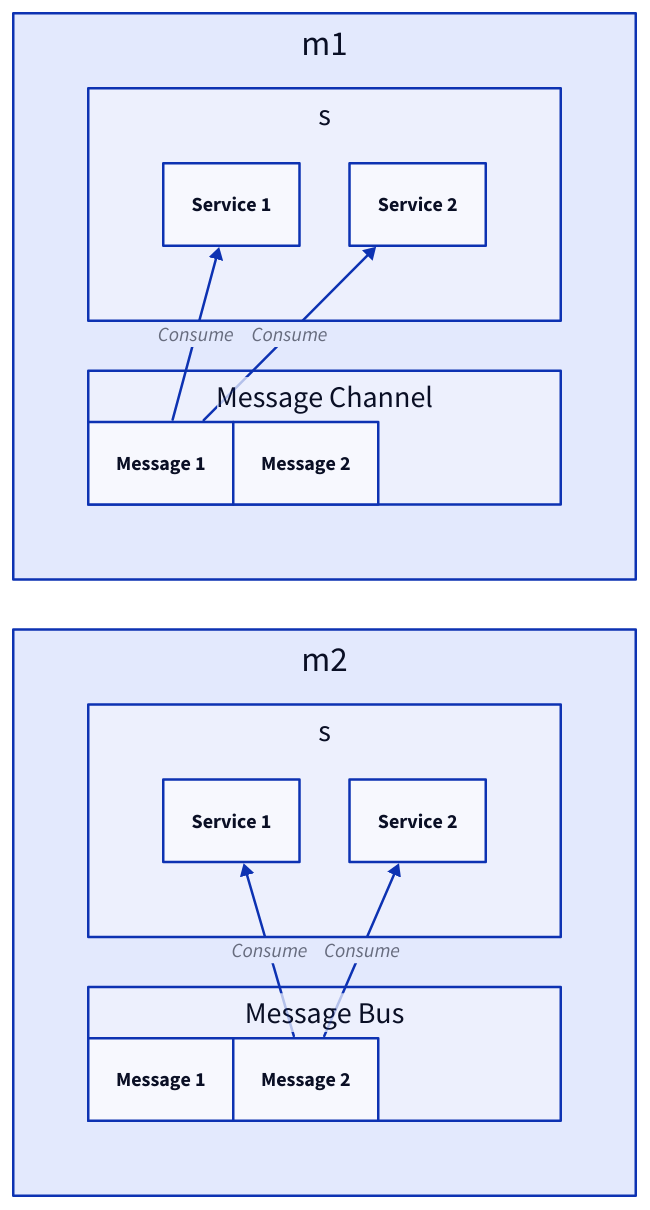
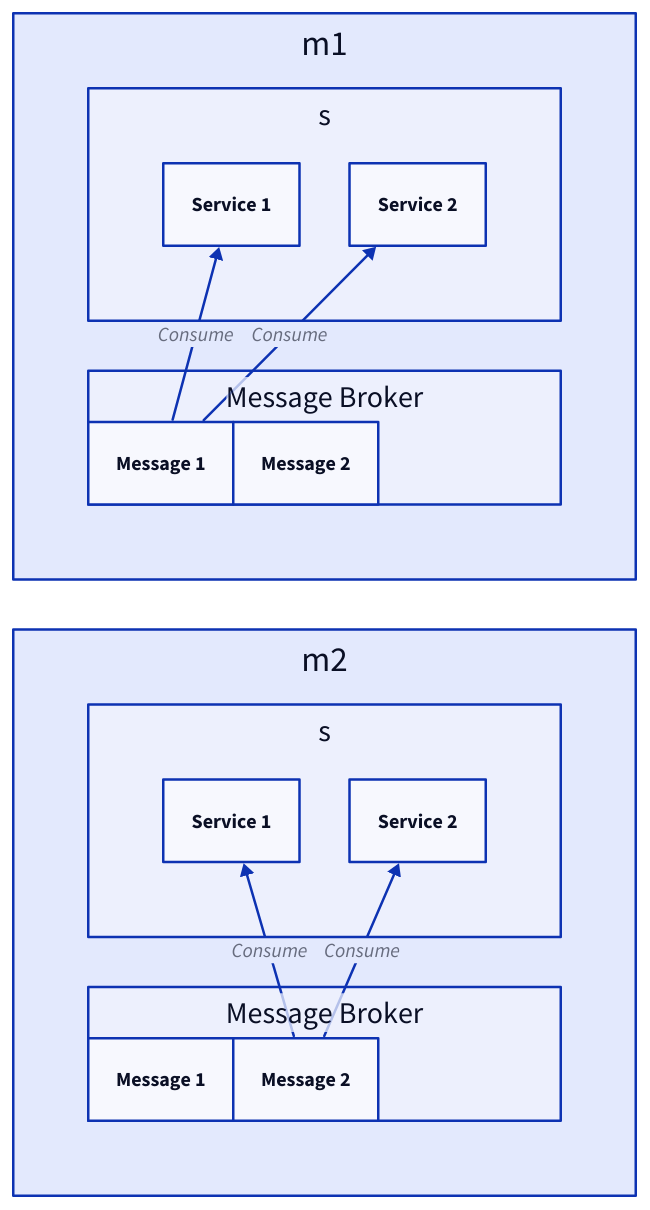
The fifth of 20 diagrams in content/docs/data-persistence/event-streaming-platform/_index.md (link1905/system-design-101), drawn with D2 before and after one commit. The commit also changed other lines of this file and 15 other files, not shown here.

````diff
--- a/content/docs/data-persistence/event-streaming-platform/_index.md
+++ b/content/docs/data-persistence/event-streaming-platform/_index.md
@@ -164,55 +165,55 @@
 ```d2
 grid-columns: 1
 m1: {
   class: none
   grid-rows: 2
   s: {
     class: none
     grid-rows: 1
     s1: Service 1 {
       class: server
     }
     s2: Service 2 {
       class: server
     }
   }
-  m: Message Channel {
+  m: Message Broker {
     grid-rows: 1
     grid-gap: 0
     m1: Message 1 {
       class: msg
     }
     m2: Message 2 {
       class: msg
     }
   }
   s.s1 <- m.m1: Consume
   s.s2 <- m.m1: Consume
 }
 m2 {
   class: none
   grid-rows: 2
   s: {
     class: none
     grid-rows: 1
     s1: Service 1 {
       class: server
     }
     s2: Service 2 {
       class: server
     }
   }
-  m: Message Bus {
+  m: Message Broker {
     grid-rows: 1
     grid-gap: 0
     m1: Message 1 {
       class: msg
     }
     m2: Message 2 {
       class: msg
     }
   }
   s.s1 <- m.m2: Consume
   s.s2 <- m.m2: Consume
 }
 ```
````
